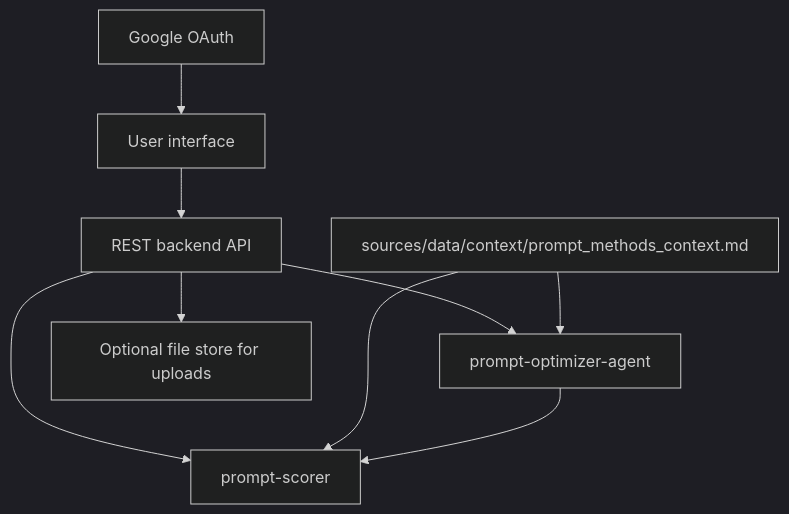
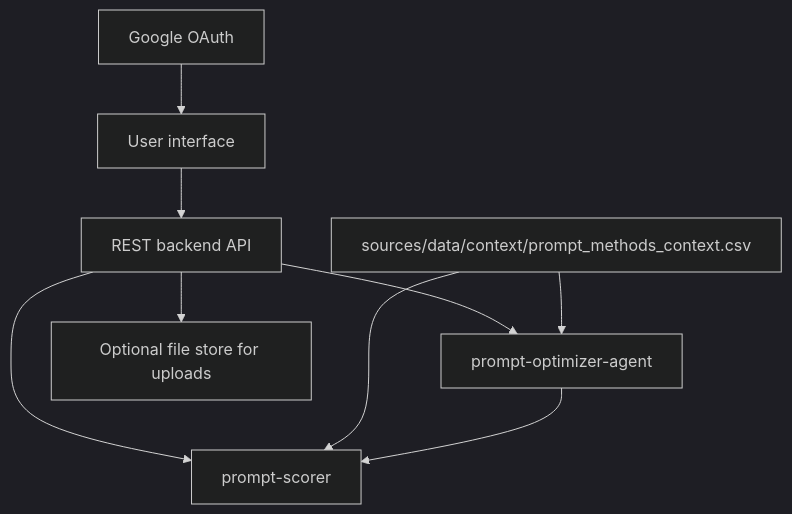
The diagram in docs/ai/design/feature-user-interface.md (trummelbummel/promptymize), drawn with Mermaid (dark theme) before and after one commit. The commit also changed other lines of this file and 40 other files, not shown here.

````diff
--- a/docs/ai/design/feature-user-interface.md
+++ b/docs/ai/design/feature-user-interface.md
@@ -13,12 +13,12 @@
 ```mermaid
 graph TD
   UI[User interface] --> API[REST backend API]
   Google[Google OAuth] --> UI
   API --> Agent[prompt-optimizer-agent]
   API --> Scorer[prompt-scorer]
-  Ctx[sources/data/context/prompt_methods_context.md]
+  Ctx[sources/data/context/prompt_methods_context.csv]
   Ctx --> Agent
   Ctx --> Scorer
   API --> Store[Optional file store for uploads]
   Agent --> Scorer
 ```
````
